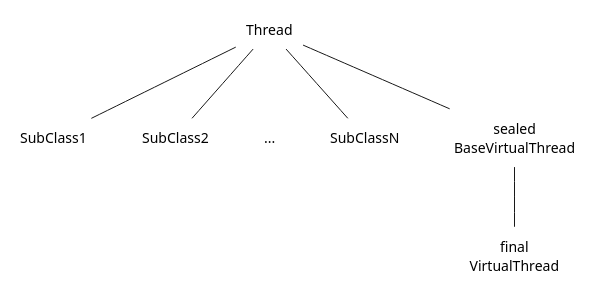
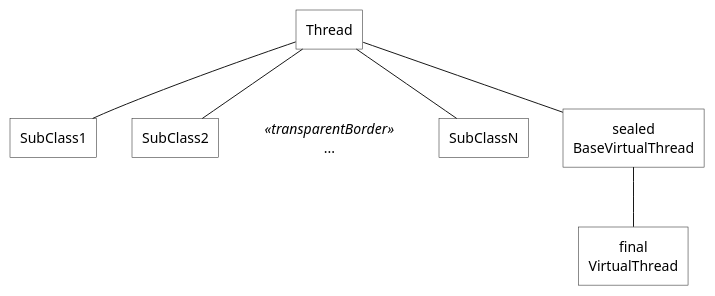
Before and after one commit to ti-cortex-m4/demo-java-virtual-threads2: the diagram in images/thread_class_diagram.puml, drawn with PlantUML.

```diff
--- a/images/thread_class_diagram.puml
+++ b/images/thread_class_diagram.puml
@@ -1,28 +1,36 @@
 @startuml
 
 scale 1.0
+
+skinparam useBetaStyle true
+
+<style>
+    .transparentBorder {
+        LineColor transparent
+    }
+}
+</style>
 
 skinparam {
     defaultTextAlignment center
     roundCorner 0
     RectangleBackgroundColor transparent
-    RectangleBorderColor transparent
     RectangleFontName Arial
 }
 
 rectangle Thread
 rectangle SubClass1
 rectangle SubClass2
-rectangle "..." as SubClass3
+rectangle "..." as SubClass3 <<transparentBorder>>
 rectangle SubClassN
 rectangle "sealed\nBaseVirtualThread" as BaseVirtualThread
 rectangle "final\nVirtualThread" as VirtualThread
 
 Thread -down- SubClass1
 Thread -down- SubClass2
 Thread -down[#transparent]- SubClass3
 Thread -down- SubClassN
 Thread -down- BaseVirtualThread
 BaseVirtualThread -down- VirtualThread
 
 @enduml
```
